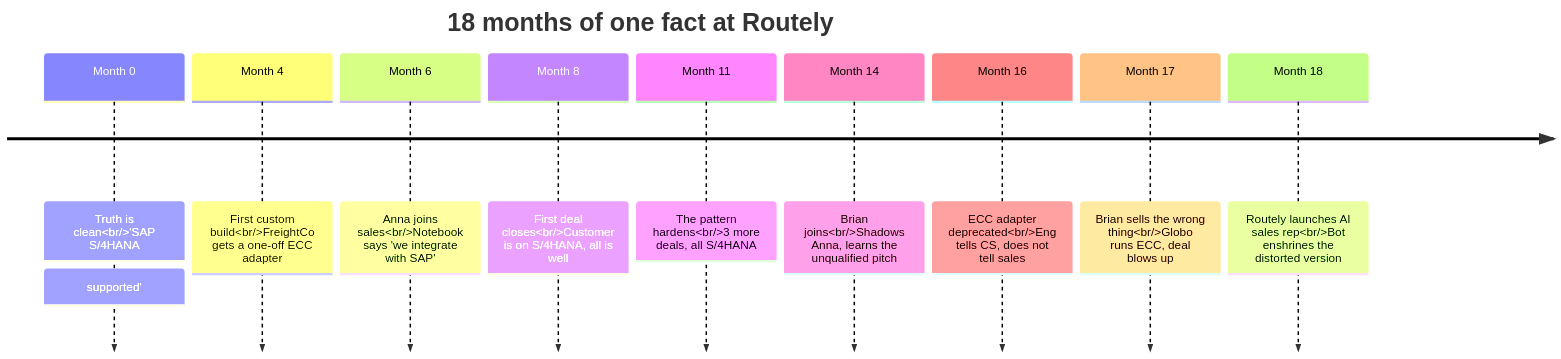
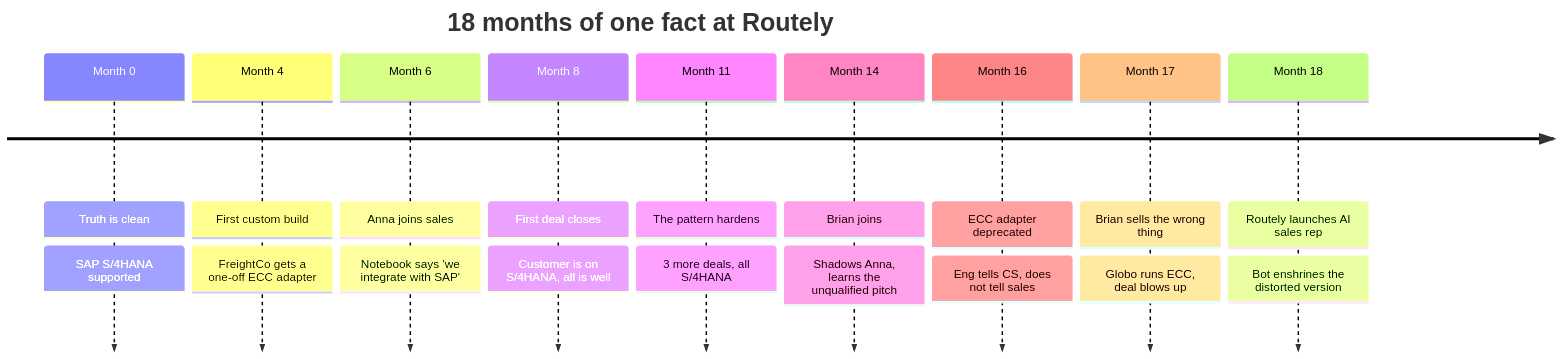
Before and after one commit to lazycoder1/personal-blog: the sixth of 10 diagrams in src/data/blog/belief-based-systems.md, drawn with Mermaid. The commit also changed other lines of this file, not shown here.

Commit message:
Fix timeline diagram and tighten the proprietary-disclosure surface
- timeline: replace <br/> (renders literally) with mermaid's native
  multi-event syntax (`: text` separators stack into multiple boxes
  under the period). Drop inner colon in 'SAP S/4HANA: supported'
  because the timeline parser treats every : as a new-event separator.
- Drop literal schema-model names from the claim-anatomy section;
  reframe as "the naming is incidental".
- Replace the Claude Sonnet/Opus + privacy-stack disclosure with a
  generic two-tier model split description.
- Strengthen the closing: signal that the post is the philosophy,
  not the blueprint, and route serious inbound to ggs@getconvinced.ai.

````diff
--- a/src/data/blog/belief-based-systems.md
+++ b/src/data/blog/belief-based-systems.md
@@ -248,13 +248,13 @@
 ```mermaid
 timeline
   title 18 months of one fact at Routely
-  Month 0  : Truth is clean<br/>'SAP S/4HANA: supported'
-  Month 4  : First custom build<br/>FreightCo gets a one-off ECC adapter
-  Month 6  : Anna joins sales<br/>Notebook says 'we integrate with SAP'
-  Month 8  : First deal closes<br/>Customer is on S/4HANA, all is well
-  Month 11 : The pattern hardens<br/>3 more deals, all S/4HANA
-  Month 14 : Brian joins<br/>Shadows Anna, learns the unqualified pitch
-  Month 16 : ECC adapter deprecated<br/>Eng tells CS, does not tell sales
-  Month 17 : Brian sells the wrong thing<br/>Globo runs ECC, deal blows up
-  Month 18 : Routely launches AI sales rep<br/>Bot enshrines the distorted version
+  Month 0  : Truth is clean : SAP S/4HANA supported
+  Month 4  : First custom build : FreightCo gets a one-off ECC adapter
+  Month 6  : Anna joins sales : Notebook says 'we integrate with SAP'
+  Month 8  : First deal closes : Customer is on S/4HANA, all is well
+  Month 11 : The pattern hardens : 3 more deals, all S/4HANA
+  Month 14 : Brian joins : Shadows Anna, learns the unqualified pitch
+  Month 16 : ECC adapter deprecated : Eng tells CS, does not tell sales
+  Month 17 : Brian sells the wrong thing : Globo runs ECC, deal blows up
+  Month 18 : Routely launches AI sales rep : Bot enshrines the distorted version
 ```
````
